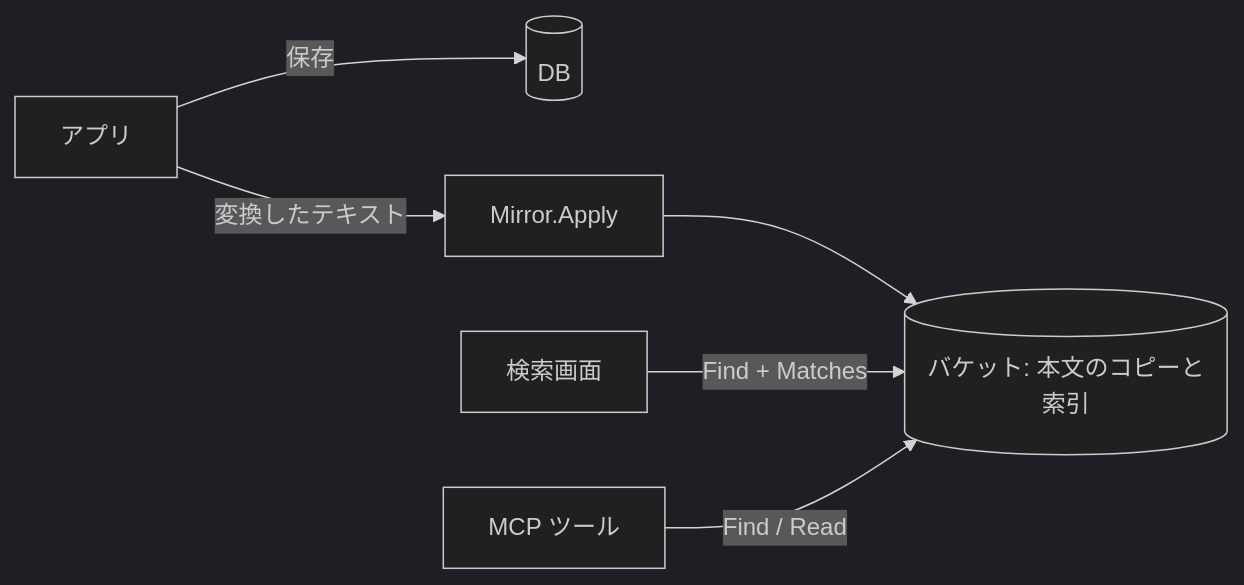
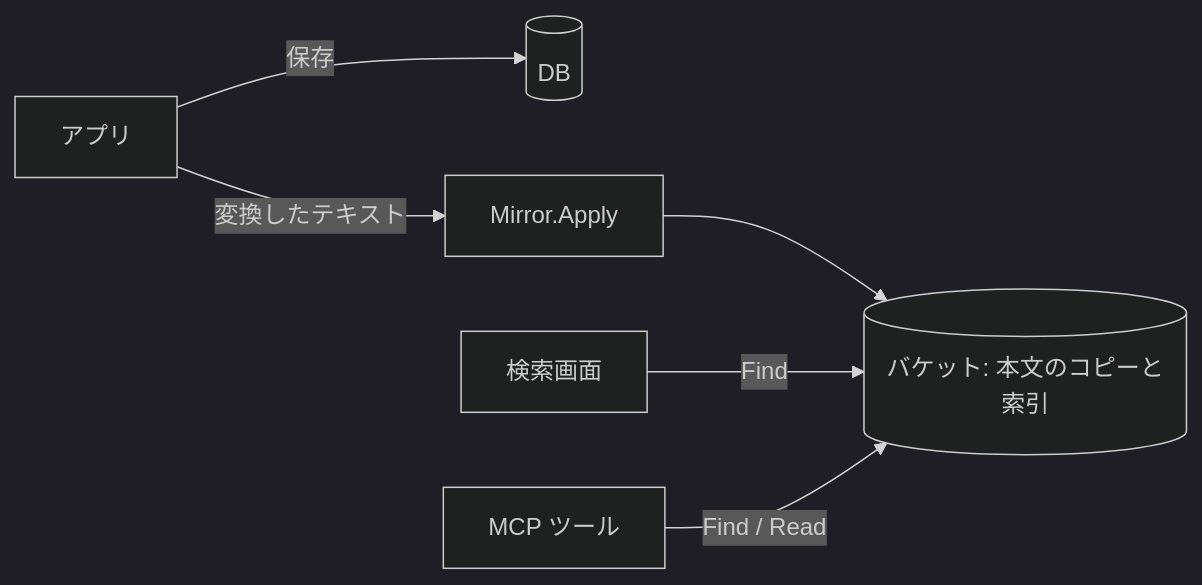
Before and after one commit to s4na/fts-go-s3: the diagram in docs/integration.md, drawn with Mermaid (dark theme). The commit also changed other lines of this file, not shown here.

````diff
--- a/docs/integration.md
+++ b/docs/integration.md
@@ -15,8 +12,8 @@
 ```mermaid
 flowchart LR
     App[アプリ] -->|保存| DB[(DB)]
     App -->|変換したテキスト| Mirror[Mirror.Apply]
     Mirror --> Bucket[(バケット: 本文のコピーと索引)]
-    UI[検索画面] -->|Find + Matches| Bucket
+    UI[検索画面] -->|Find| Bucket
     MCP[MCP ツール] -->|Find / Read| Bucket
 ```
````
